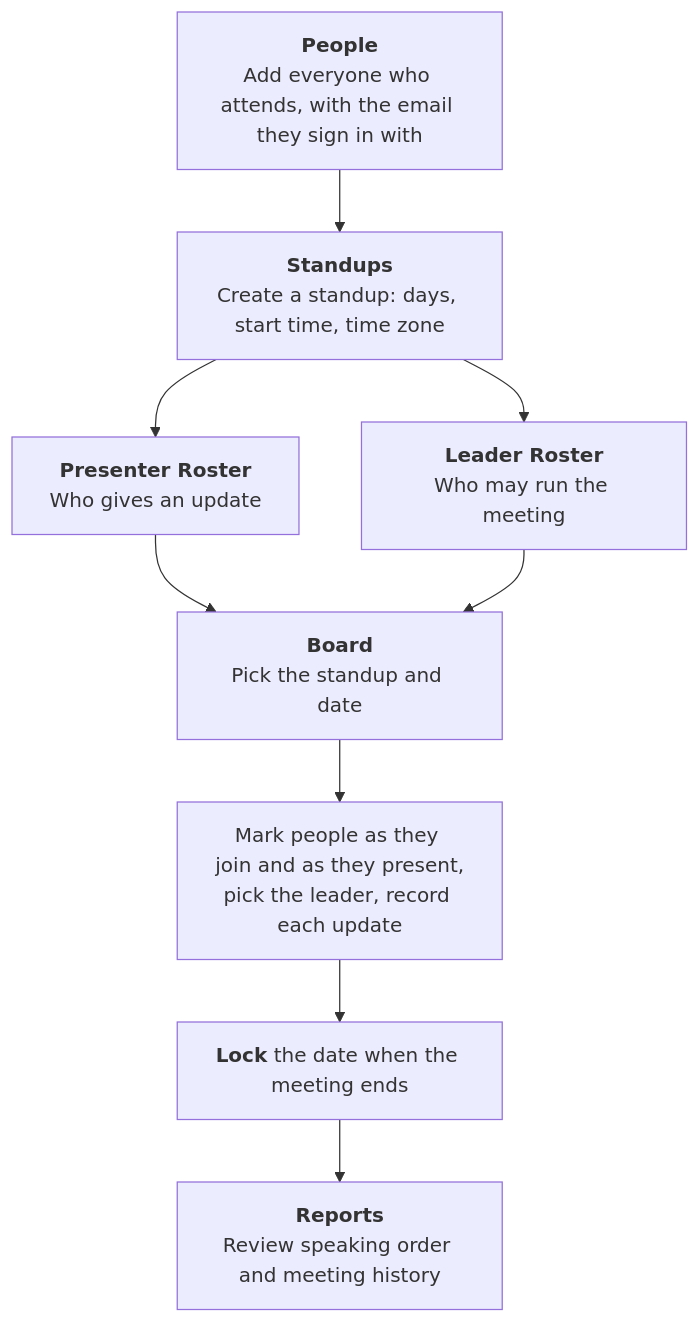
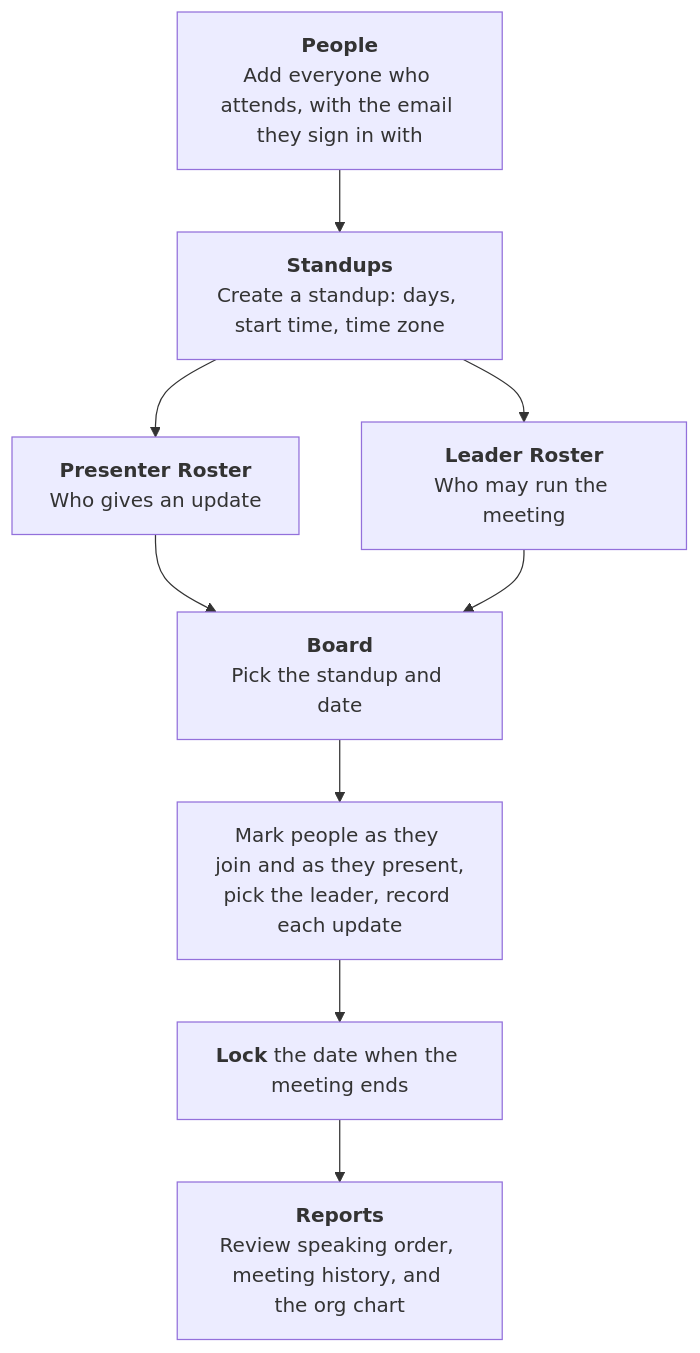
The first of 3 diagrams in README.md (geekfog/StandFast), drawn with Mermaid before and after one commit. The commit also changed other lines of this file and 26 other files, not shown here.

````diff
--- a/README.md
+++ b/README.md
@@ -47,18 +47,18 @@
 ```mermaid
 flowchart TB
     People["<b>People</b><br/>Add everyone who attends, with the email they sign in with"]
     Standup["<b>Standups</b><br/>Create a standup: days, start time, time zone"]
     Presenters["<b>Presenter Roster</b><br/>Who gives an update"]
     Leaders["<b>Leader Roster</b><br/>Who may run the meeting"]
     Board["<b>Board</b><br/>Pick the standup and date"]
     Run["Mark people as they join and as they present,<br/>pick the leader, record each update"]
     Lock["<b>Lock</b> the date when the meeting ends"]
-    Reports["<b>Reports</b><br/>Review speaking order and meeting history"]
+    Reports["<b>Reports</b><br/>Review speaking order, meeting history, and the org chart"]
 
     People --> Standup
     Standup --> Presenters
     Standup --> Leaders
     Presenters --> Board
     Leaders --> Board
     Board --> Run --> Lock --> Reports
 ```
````
